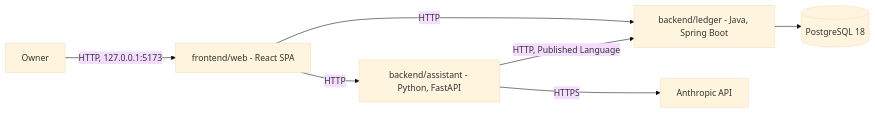
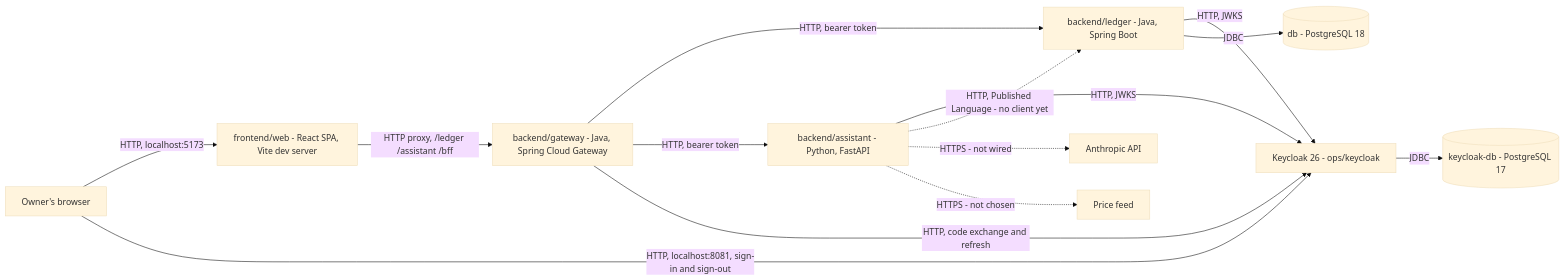
Before and after one commit to NaimElijah/FinAssist: the diagram in README.md, drawn with Mermaid (base theme). The commit also changed other lines of this file and 4 other files, not shown here.

````diff
--- a/README.md
+++ b/README.md
@@ -248,9 +290,16 @@
 ```mermaid
 flowchart LR
-    Owner[Owner] -->|"HTTP, 127.0.0.1:5173"| Web[frontend/web - React SPA]
-    Web -->|HTTP| Assistant[backend/assistant - Python, FastAPI]
-    Assistant -->|HTTP, Published Language| Ledger[backend/ledger - Java, Spring Boot]
-    Web -->|HTTP| Ledger
-    Assistant -->|HTTPS| Claude[Anthropic API]
-    Ledger --> DB[(PostgreSQL 18)]
+    Owner["Owner's browser"] -->|"HTTP, localhost:5173"| Web["frontend/web - React SPA, Vite dev server"]
+    Owner -->|"HTTP, localhost:8081, sign-in and sign-out"| Keycloak["Keycloak 26 - ops/keycloak"]
+    Web -->|"HTTP proxy, /ledger /assistant /bff"| Gateway["backend/gateway - Java, Spring Cloud Gateway"]
+    Gateway -->|"HTTP, bearer token"| Ledger["backend/ledger - Java, Spring Boot"]
+    Gateway -->|"HTTP, bearer token"| Assistant["backend/assistant - Python, FastAPI"]
+    Gateway -->|"HTTP, code exchange and refresh"| Keycloak
+    Ledger -->|"HTTP, JWKS"| Keycloak
+    Assistant -->|"HTTP, JWKS"| Keycloak
+    Ledger -->|JDBC| DB[(db - PostgreSQL 18)]
+    Keycloak -->|JDBC| KeycloakDB[(keycloak-db - PostgreSQL 17)]
+    Assistant -.->|"HTTP, Published Language - no client yet"| Ledger
+    Assistant -.->|"HTTPS - not wired"| Claude["Anthropic API"]
+    Assistant -.->|"HTTPS - not chosen"| Feed["Price feed"]
 ```
````
